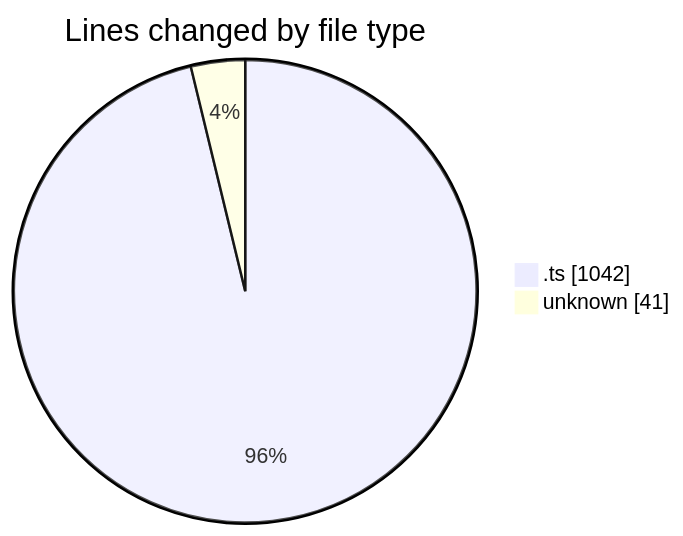
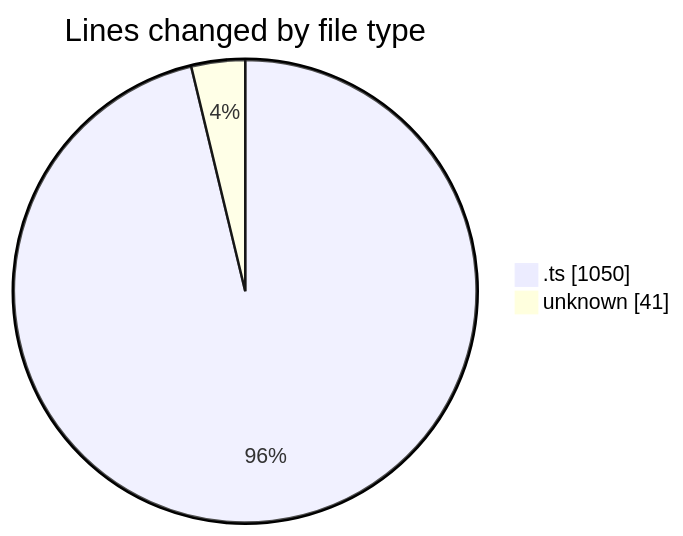
Before and after one commit to momahboobian/code-tracking: the first of 2 diagrams in 2025-08-18/cda/README.md, drawn with Mermaid. The commit also changed other lines of this file and 1 other file, not shown here.

````diff
--- a/2025-08-18/cda/README.md
+++ b/2025-08-18/cda/README.md
@@ -24,6 +24,6 @@
 ```mermaid
 pie showData
 title Lines changed by file type
-".ts" : 1042
+".ts" : 1050
 "unknown" : 41
 ```
````
